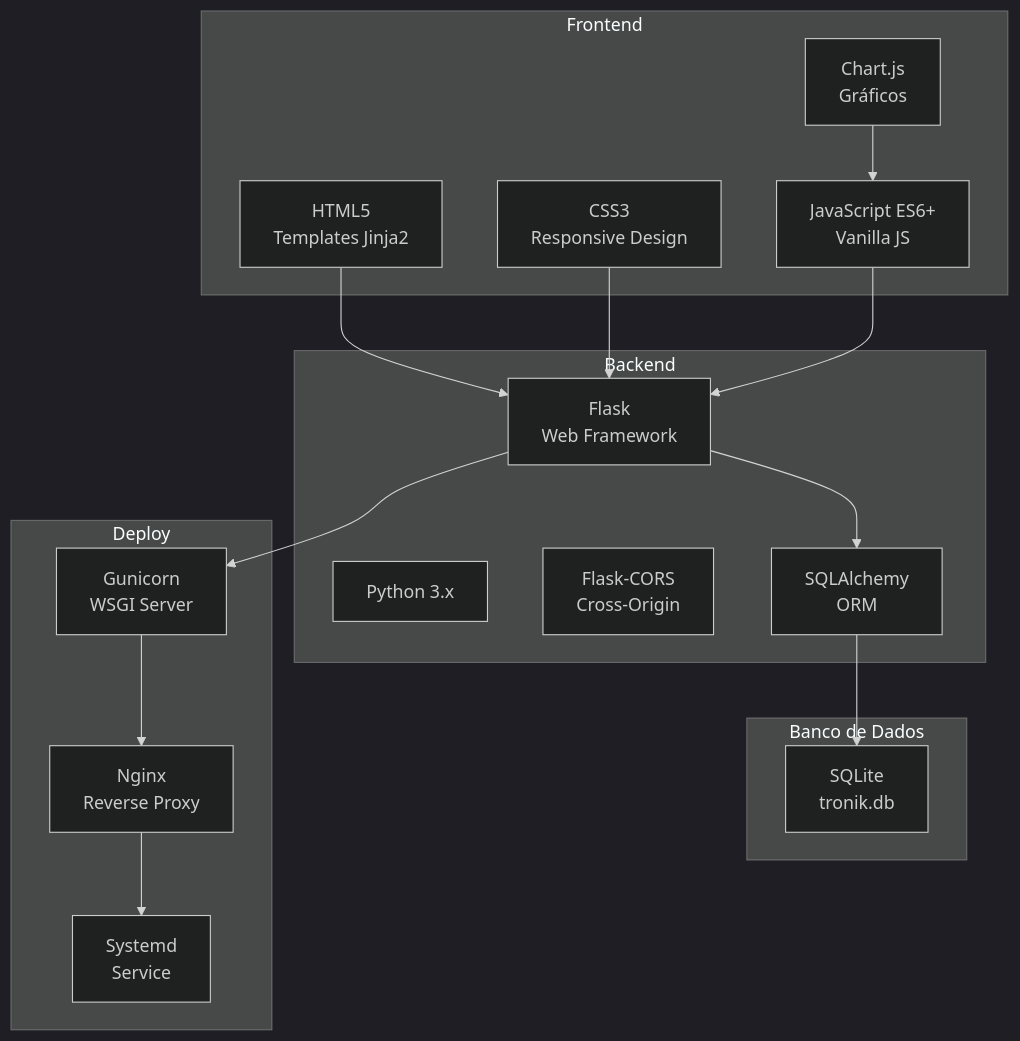
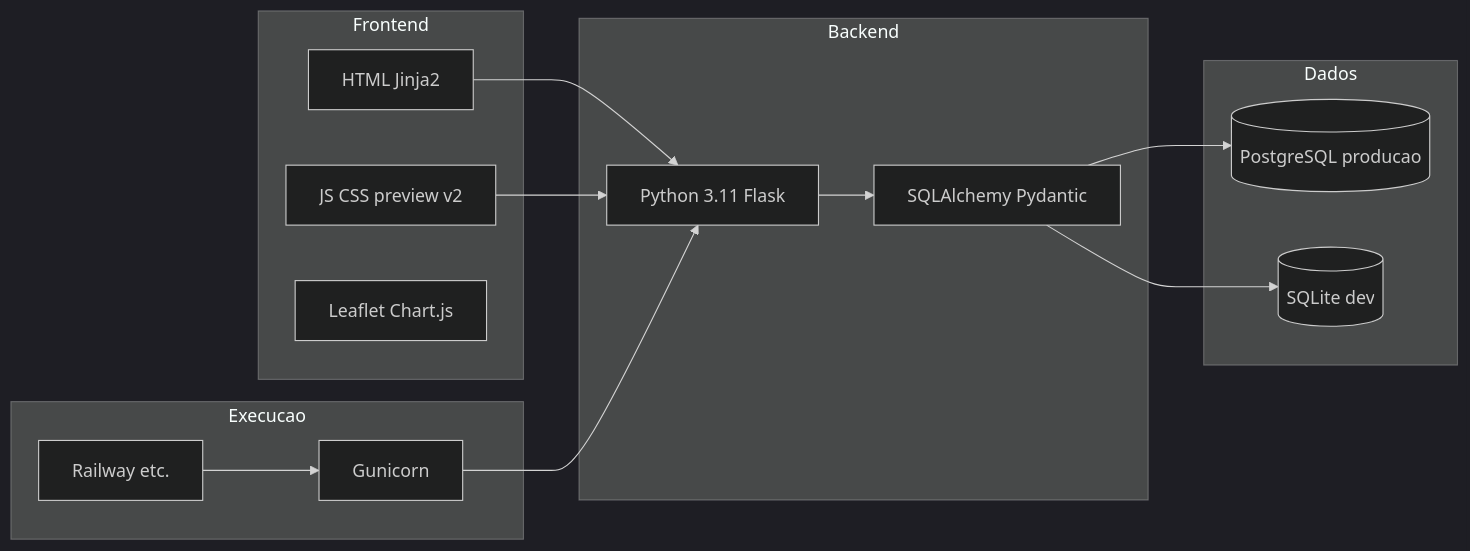
One commit to natanheringer/Dashboard-TRONIK changed the seventh of 7 diagrams in docs/ARQUITETURA.md. Above: the diagram before and after it, drawn with Mermaid (dark theme). The commit also changed other lines of this file and 34 other files, not shown here.

First line of the commit message:
docs: arquitetura Mermaid e ingestao jobs/prospeccao

````diff
--- a/docs/ARQUITETURA.md
+++ b/docs/ARQUITETURA.md
@@ -408,36 +162,27 @@
 ```mermaid
-graph TB
-    subgraph "Frontend"
-        F1[HTML5<br/>Templates Jinja2]
-        F2[CSS3<br/>Responsive Design]
-        F3[JavaScript ES6+<br/>Vanilla JS]
-        F4[Chart.js<br/>Gráficos]
-    end
-    
-    subgraph "Backend"
-        B1[Python 3.x]
-        B2[Flask<br/>Web Framework]
-        B3[Flask-CORS<br/>Cross-Origin]
-        B4[SQLAlchemy<br/>ORM]
-    end
-    
-    subgraph "Banco de Dados"
-        DB1[SQLite<br/>tronik.db]
-    end
-    
-    subgraph "Deploy"
-        D1[Gunicorn<br/>WSGI Server]
-        D2[Nginx<br/>Reverse Proxy]
-        D3[Systemd<br/>Service]
-    end
-    
-    F1 --> B2
-    F2 --> B2
-    F3 --> B2
-    F4 --> F3
-    B2 --> B4
-    B4 --> DB1
-    B2 --> D1
-    D1 --> D2
-    D2 --> D3
+flowchart LR
+  subgraph front["Frontend"]
+    H[HTML Jinja2]
+    J[JS CSS preview v2]
+    L[Leaflet Chart.js]
+  end
+  subgraph back["Backend"]
+    PY[Python 3.11 Flask]
+    SA[SQLAlchemy Pydantic]
+  end
+  subgraph data["Dados"]
+    PG[(PostgreSQL producao)]
+    SQ[(SQLite dev)]
+  end
+  subgraph run["Execucao"]
+    GU[Gunicorn]
+    RA[Railway etc.]
+  end
+  H --> PY
+  J --> PY
+  PY --> SA
+  SA --> PG
+  SA --> SQ
+  GU --> PY
+  RA --> GU
 ```
````
